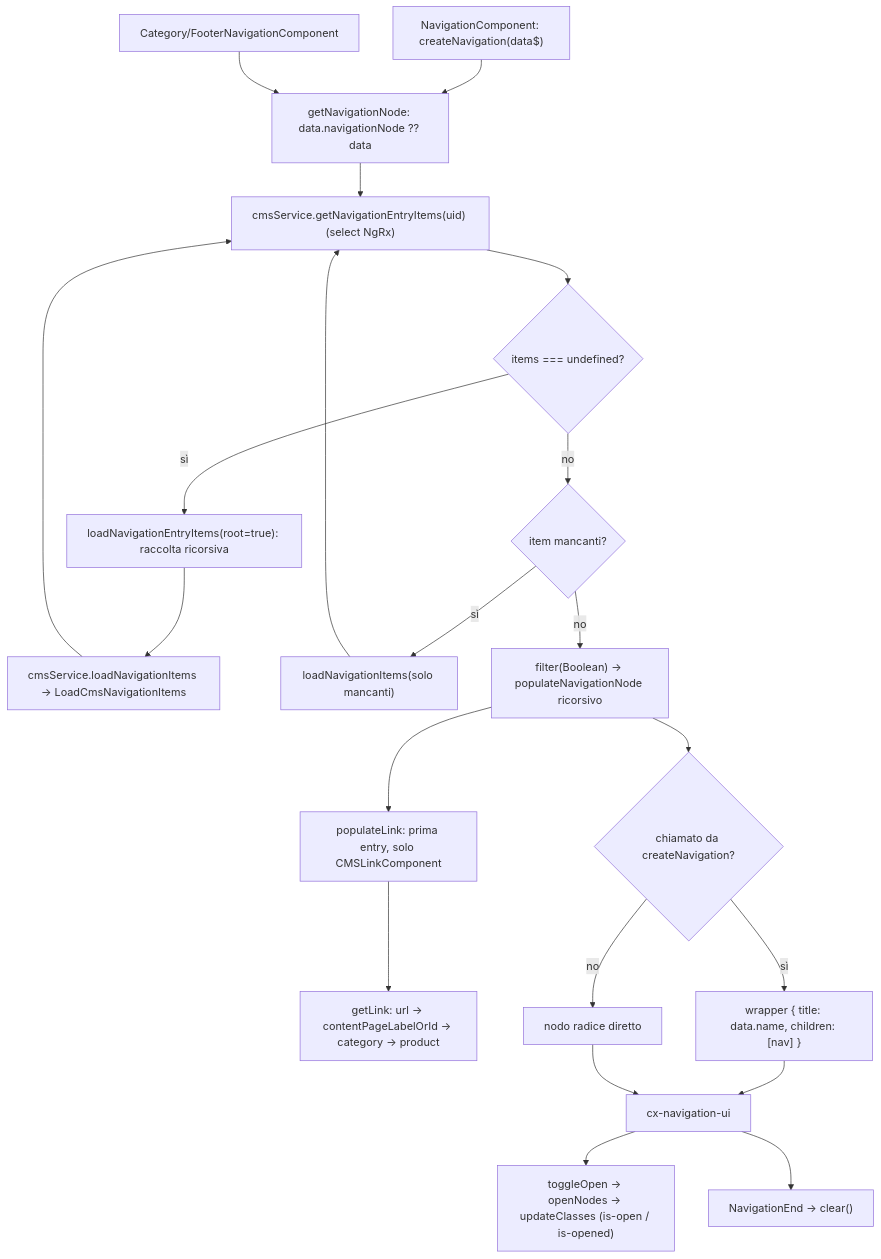
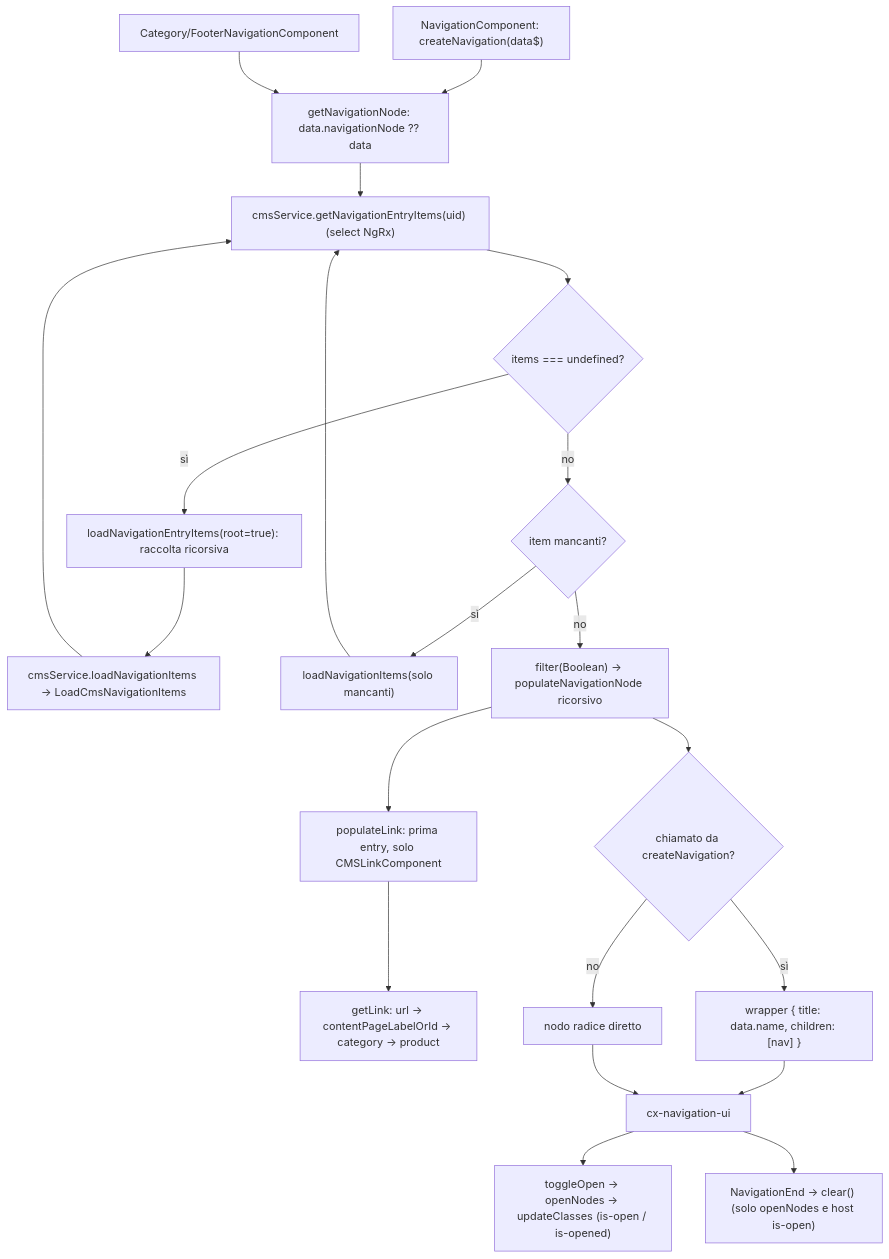
One commit to mgiuditta/spartacus changed the second of 4 diagrams in docs/spartacus-book/parte-2/45-componenti-storefront.md. Above: the diagram before and after it, drawn with Mermaid. The commit also changed other lines of this file and 5 other files, not shown here.

````diff
--- a/docs/spartacus-book/parte-2/45-componenti-storefront.md
+++ b/docs/spartacus-book/parte-2/45-componenti-storefront.md
@@ -218,23 +218,23 @@
 ```mermaid
 flowchart TD
   A["NavigationComponent: createNavigation(data$)"] --> B["getNavigationNode: data.navigationNode ?? data"]
   C["Category/FooterNavigationComponent"] --> B
   B --> D["cmsService.getNavigationEntryItems(uid) (select NgRx)"]
   D --> E{"items === undefined?"}
   E -- "sì" --> F["loadNavigationEntryItems(root=true): raccolta ricorsiva"]
   F --> G["cmsService.loadNavigationItems → LoadCmsNavigationItems"]
   G --> D
   E -- "no" --> H{"item mancanti?"}
   H -- "sì" --> I["loadNavigationItems(solo mancanti)"]
   I --> D
   H -- "no" --> J["filter(Boolean) → populateNavigationNode ricorsivo"]
   J --> K["populateLink: prima entry, solo CMSLinkComponent"]
   K --> L["getLink: url → contentPageLabelOrId → category → product"]
   J --> M{"chiamato da createNavigation?"}
   M -- "sì" --> N["wrapper { title: data.name, children: [nav] }"]
   M -- "no" --> O["nodo radice diretto"]
   N --> P["cx-navigation-ui"]
   O --> P
   P --> Q["toggleOpen → openNodes → updateClasses (is-open / is-opened)"]
-  P --> R["NavigationEnd → clear()"]
+  P --> R["NavigationEnd → clear() (solo openNodes e host is-open)"]
 ```
````
